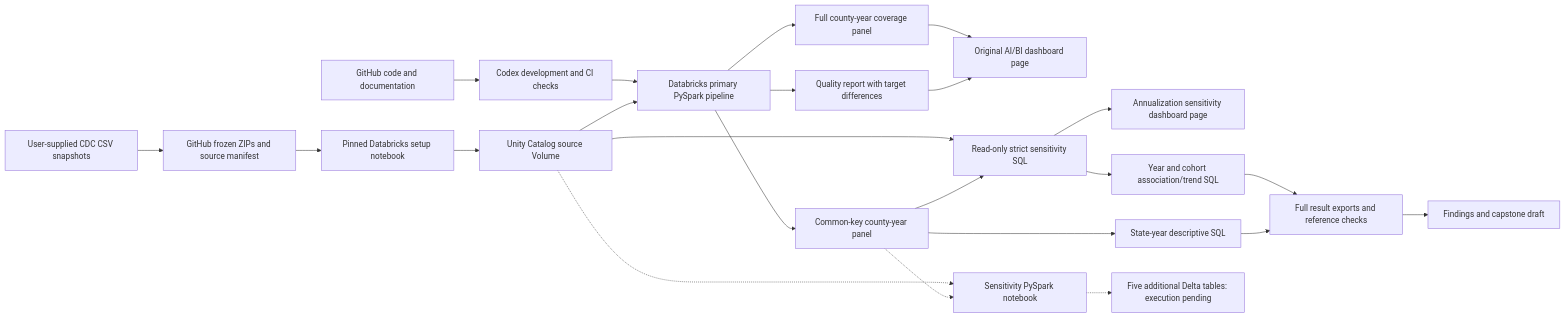
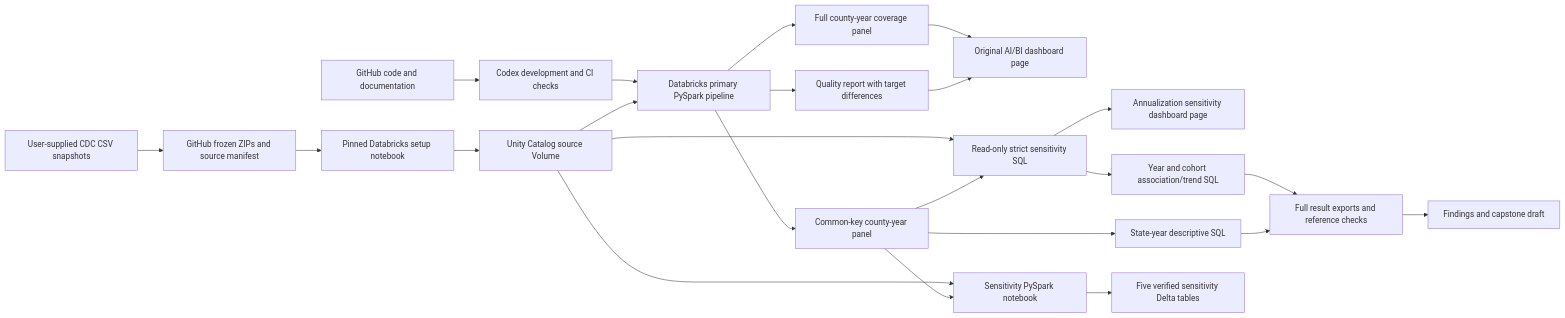
Before and after one commit to dheritageprojects/DS670Capstone: the diagram in docs/architecture.md, drawn with Mermaid. The commit also changed other lines of this file and 19 other files, not shown here.

Commit message:
Verify Databricks sensitivity Delta outputs and close execution gap

````diff
--- a/docs/architecture.md
+++ b/docs/architecture.md
@@ -3,25 +3,25 @@
 ```mermaid
 flowchart LR
     CDC[User-supplied CDC CSV snapshots] --> ZIP[GitHub frozen ZIPs and source manifest]
     ZIP --> SETUP[Pinned Databricks setup notebook]
     SETUP --> VOL[Unity Catalog source Volume]
     CODE[GitHub code and documentation] --> DEV[Codex development and CI checks]
     DEV --> PRIMARY[Databricks primary PySpark pipeline]
     VOL --> PRIMARY
     PRIMARY --> FULL[Full county-year coverage panel]
     PRIMARY --> COMMON[Common-key county-year panel]
     PRIMARY --> QUALITY[Quality report with target differences]
     FULL --> DASH[Original AI/BI dashboard page]
     QUALITY --> DASH
     VOL --> LIVE[Read-only strict sensitivity SQL]
     COMMON --> LIVE
     LIVE --> PAGE[Annualization sensitivity dashboard page]
     LIVE --> ANALYSIS[Year and cohort association/trend SQL]
     COMMON --> GEO[State-year descriptive SQL]
     ANALYSIS --> EXPORT[Full result exports and reference checks]
     GEO --> EXPORT
     EXPORT --> REPORT[Findings and capstone draft]
-    VOL -.-> SENS[Sensitivity PySpark notebook]
-    COMMON -.-> SENS
-    SENS -.-> TABLES[Five additional Delta tables: execution pending]
+    VOL --> SENS[Sensitivity PySpark notebook]
+    COMMON --> SENS
+    SENS --> TABLES[Five verified sensitivity Delta tables]
 ```
````
